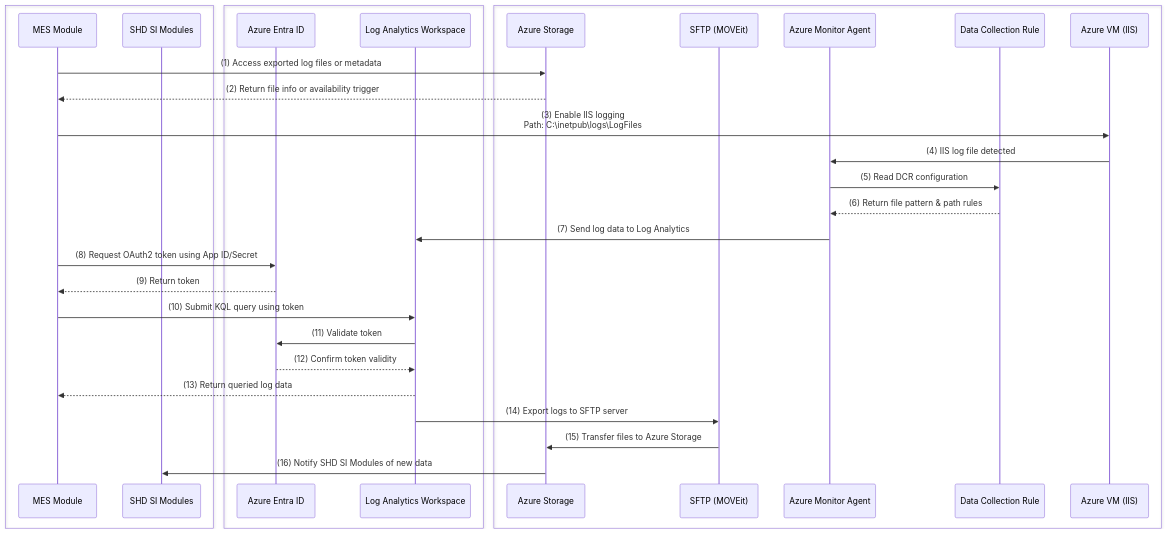
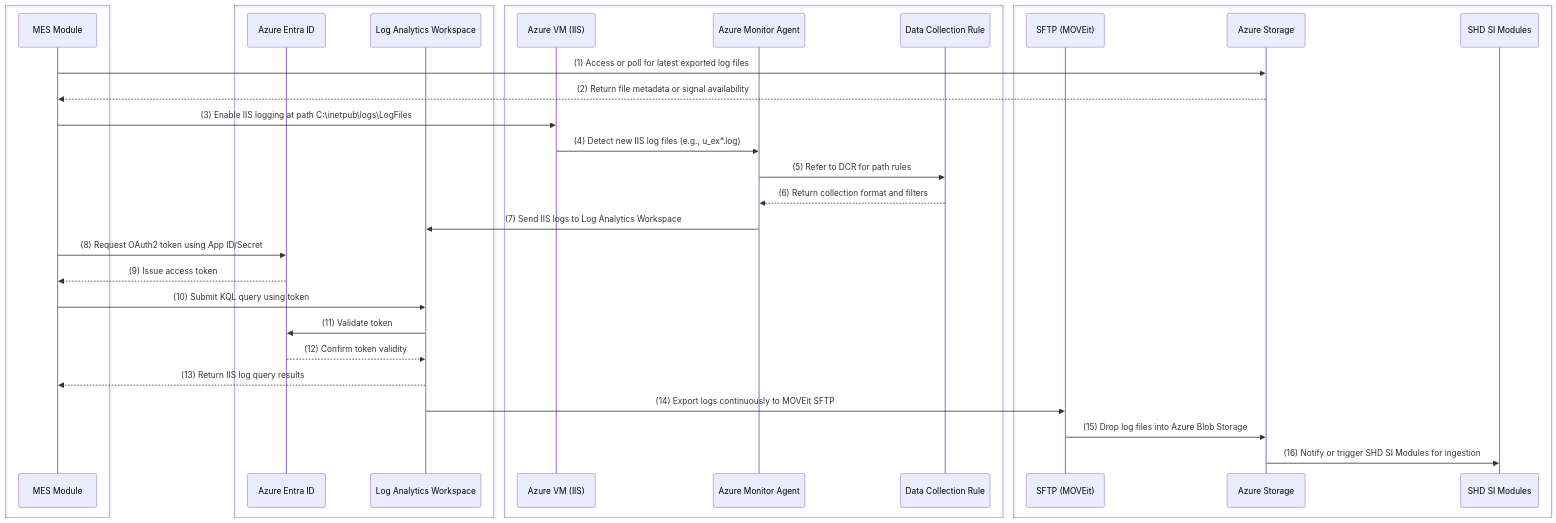
The first of 4 diagrams in README.md (oigbokwe73/Azure-Policy-On-Resource-Group), drawn with Mermaid before and after one commit. The commit also changed other lines of this file, not shown here.

````diff
--- a/README.md
+++ b/README.md
@@ -17,49 +16,53 @@
 ```mermaid
 sequenceDiagram
     %% === Consumer Layer (Yellow) ===
     box #fffde7:Consumer Layer
         participant MES as MES Module
-        participant SHD as SHD SI Modules
     end
 
-    %% === Azure Identity & Monitoring Services Layer (Blue) ===
+    %% === Azure Identity & Monitoring Layer (Blue) ===
     box #e3f2fd:Azure Identity & Monitoring Services
         participant Entra as Azure Entra ID
         participant LAW as Log Analytics Workspace
     end
 
-    %% === Data Pipeline & Collection Layer (Green) ===
-    box #e8f5e9:Data Pipeline & Collection Layer
-        participant Storage as Azure Storage
-        participant MOVEit as SFTP (MOVEit)
+    %% === Data Collection Layer (Green) ===
+    box #e8f5e9:Data Collection Layer
+        participant VM as Azure VM (IIS)
         participant AMA as Azure Monitor Agent
         participant DCR as Data Collection Rule
-        participant VM as Azure VM (IIS)
     end
 
-    %% Step 1: MES initiates from Azure Storage
-    MES->>Storage: (1) Access exported log files or metadata
-    Storage-->>MES: (2) Return file info or availability trigger
+    %% === Export & Analytics Layer (Gray-Blue) ===
+    box #e1f5fe:Export & Analytics Layer
+        participant MOVEit as SFTP (MOVEit)
+        participant Storage as Azure Storage
+        participant SHD as SHD SI Modules
+    end
 
-    %% Step 2: Configure logging on VM
-    MES->>VM: (3) Enable IIS logging<br/>Path: C:\inetpub\logs\LogFiles
-    VM->>AMA: (4) IIS log file detected
-    AMA->>DCR: (5) Read DCR configuration
-    DCR-->>AMA: (6) Return file pattern & path rules
-    AMA->>LAW: (7) Send log data to Log Analytics
+    %% Step 1: MES checks export data
+    MES->>Storage: (1) Access or poll for latest exported log files
+    Storage-->>MES: (2) Return file metadata or signal availability
 
-    %% Step 3: Authentication to Entra ID
+    %% Step 2: Configure IIS Logging
+    MES->>VM: (3) Enable IIS logging at path C:\inetpub\logs\LogFiles
+    VM->>AMA: (4) Detect new IIS log files (e.g., u_ex*.log)
+    AMA->>DCR: (5) Refer to DCR for path rules
+    DCR-->>AMA: (6) Return collection format and filters
+    AMA->>LAW: (7) Send IIS logs to Log Analytics Workspace
+
+    %% Step 3: Authentication with Entra
     MES->>Entra: (8) Request OAuth2 token using App ID/Secret
-    Entra-->>MES: (9) Return token
+    Entra-->>MES: (9) Issue access token
 
     %% Step 4: Query Log Analytics
     MES->>LAW: (10) Submit KQL query using token
     LAW->>Entra: (11) Validate token
     Entra-->>LAW: (12) Confirm token validity
-    LAW-->>MES: (13) Return queried log data
+    LAW-->>MES: (13) Return IIS log query results
 
-    %% Step 5: Continuous export
-    LAW->>MOVEit: (14) Export logs to SFTP server
-    MOVEit->>Storage: (15) Transfer files to Azure Storage
-    Storage->>SHD: (16) Notify SHD SI Modules of new data
+    %% Step 5: Export flow to external pipeline
+    LAW->>MOVEit: (14) Export logs continuously to MOVEit SFTP
+    MOVEit->>Storage: (15) Drop log files into Azure Blob Storage
+    Storage->>SHD: (16) Notify or trigger SHD SI Modules for ingestion
 ```
````
